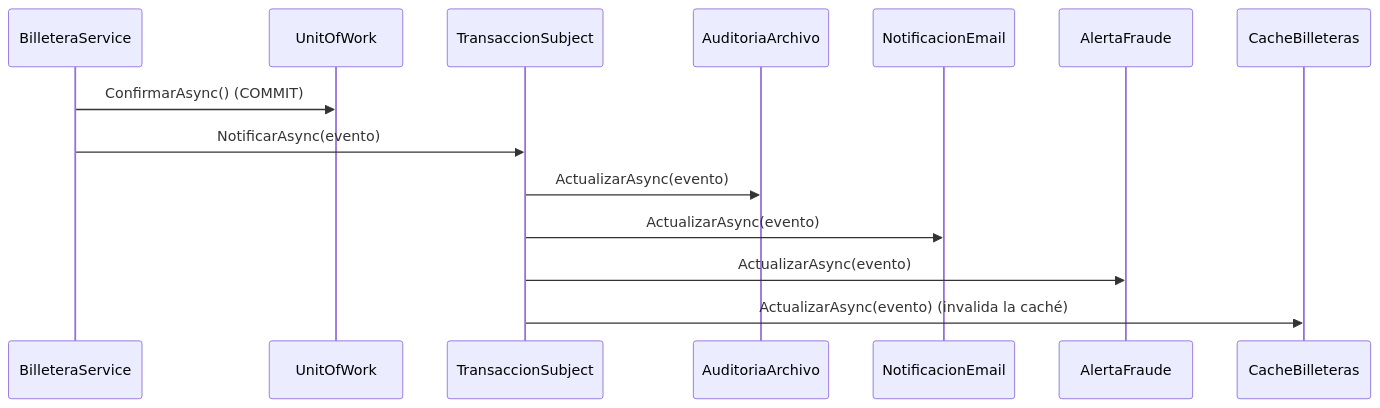
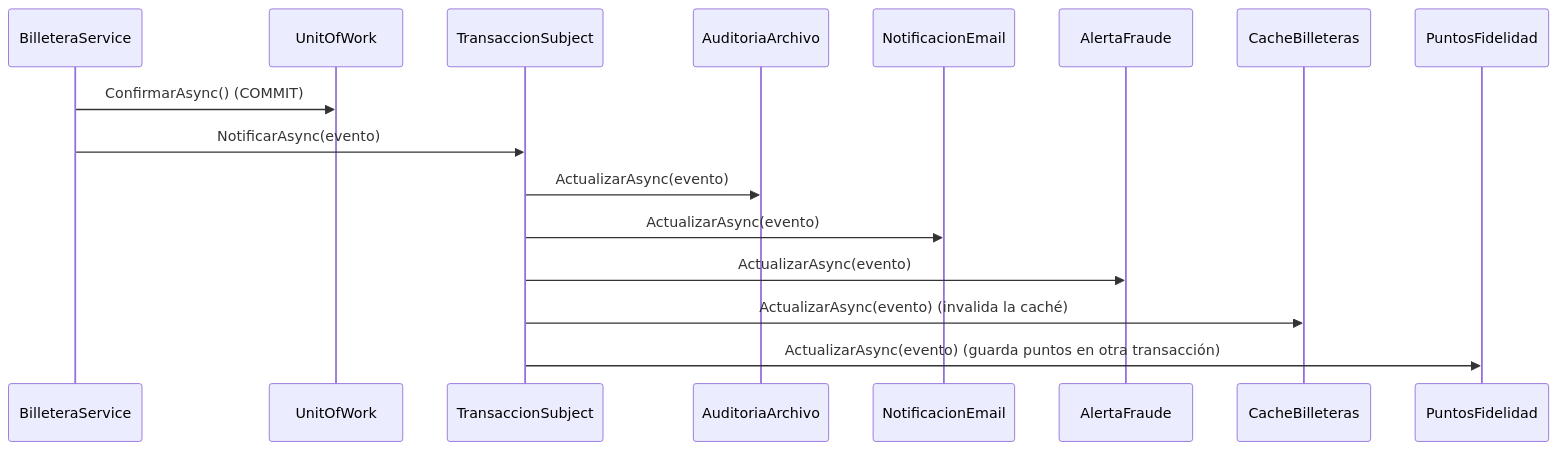
One commit to jhonatantirado/BilleteraDigital changed the fourth of 5 diagrams in README.md. Above: the diagram before and after it, drawn with Mermaid. The commit also changed other lines of this file and 29 other files, not shown here.

Commit message:
Factory Method + Observer: nuevo tipo Retiro con su creador y un PuntosFidelidadObserver

````diff
--- a/README.md
+++ b/README.md
@@ -200,16 +213,18 @@
 ```mermaid
 sequenceDiagram
   participant S as BilleteraService
   participant UoW as UnitOfWork
   participant Sub as TransaccionSubject
   participant A as AuditoriaArchivo
   participant E as NotificacionEmail
   participant F as AlertaFraude
   participant C as CacheBilleteras
+  participant P as PuntosFidelidad
   S->>UoW: ConfirmarAsync() (COMMIT)
   S->>Sub: NotificarAsync(evento)
   Sub->>A: ActualizarAsync(evento)
   Sub->>E: ActualizarAsync(evento)
   Sub->>F: ActualizarAsync(evento)
   Sub->>C: ActualizarAsync(evento) (invalida la caché)
+  Sub->>P: ActualizarAsync(evento) (guarda puntos en otra transacción)
 ```
````
